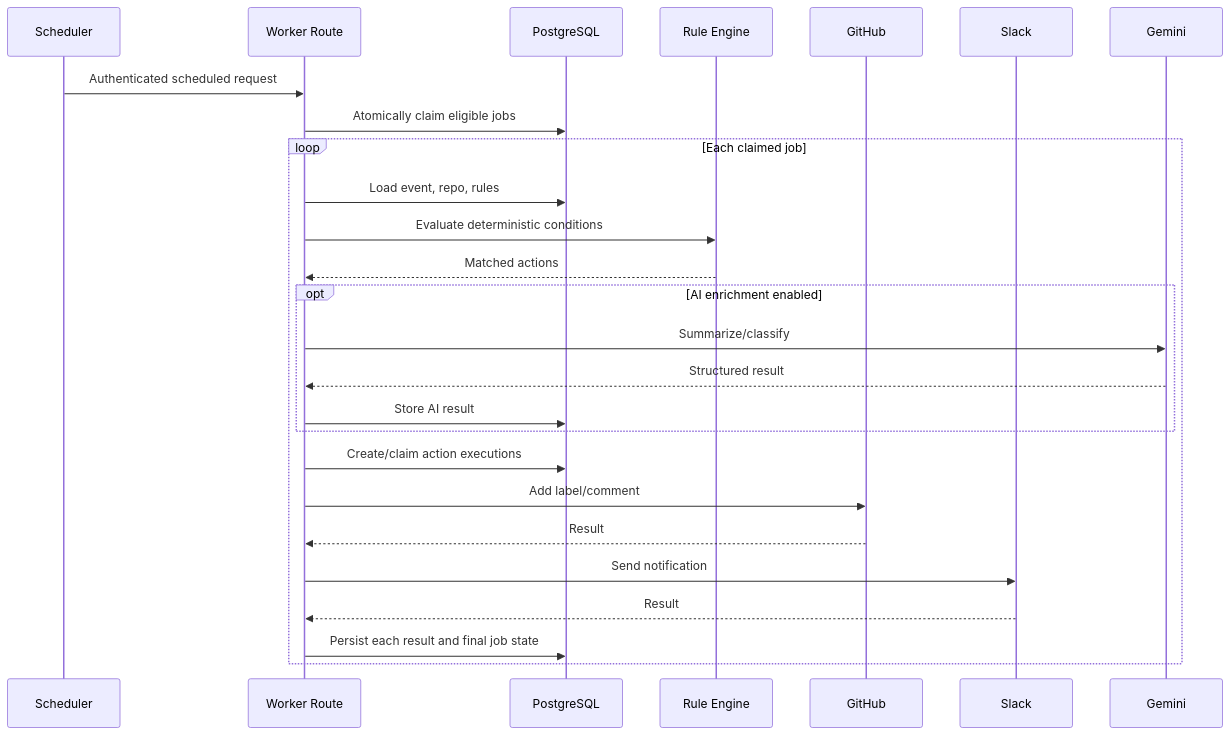
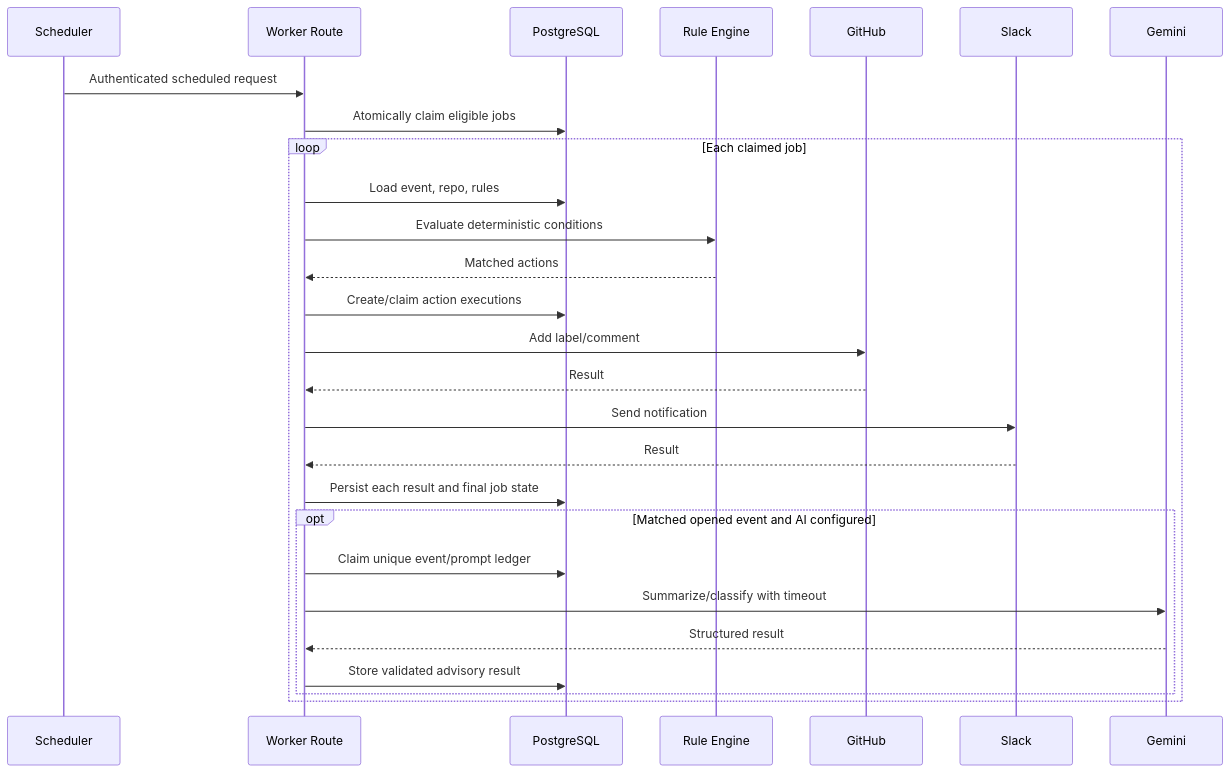
The fourth of 4 diagrams in docs/ARCHITECTURE.md (SoniSanskar1/github_automation_bot), drawn with Mermaid before and after one commit. The commit also changed other lines of this file and 6 other files, not shown here.

````diff
--- a/docs/ARCHITECTURE.md
+++ b/docs/ARCHITECTURE.md
@@ -155,29 +155,30 @@
 ```mermaid
 sequenceDiagram
     participant Scheduler
     participant Worker as Worker Route
     participant DB as PostgreSQL
     participant Rules as Rule Engine
     participant GitHub
     participant Slack
     participant AI as Gemini
 
     Scheduler->>Worker: Authenticated scheduled request
     Worker->>DB: Atomically claim eligible jobs
     loop Each claimed job
         Worker->>DB: Load event, repo, rules
         Worker->>Rules: Evaluate deterministic conditions
         Rules-->>Worker: Matched actions
-        opt AI enrichment enabled
-            Worker->>AI: Summarize/classify
-            AI-->>Worker: Structured result
-            Worker->>DB: Store AI result
-        end
         Worker->>DB: Create/claim action executions
         Worker->>GitHub: Add label/comment
         GitHub-->>Worker: Result
         Worker->>Slack: Send notification
         Slack-->>Worker: Result
         Worker->>DB: Persist each result and final job state
+        opt Matched opened event and AI configured
+            Worker->>DB: Claim unique event/prompt ledger
+            Worker->>AI: Summarize/classify with timeout
+            AI-->>Worker: Structured result
+            Worker->>DB: Store validated advisory result
+        end
     end
 ```
````
